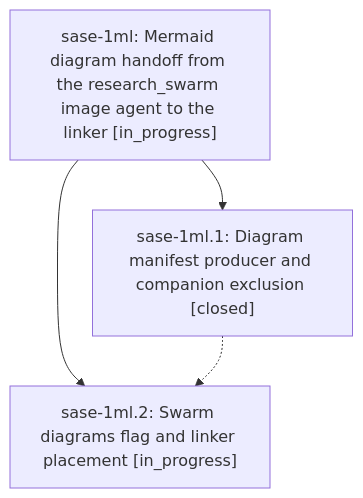
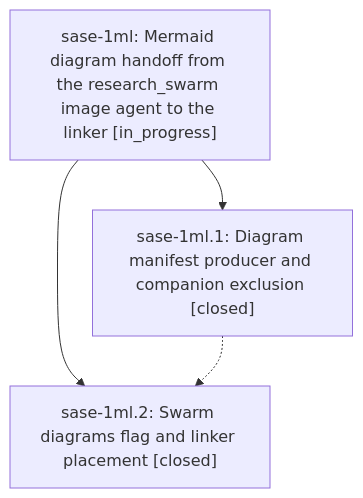
The diagram in pages/sase-1ml/README.md (sase-org/sase--beads), drawn with Mermaid before and after one commit. The commit also changed other lines of this file and 2 other files, not shown here.

First line of the commit message:
chore(beads): sync bead state and pages for sase-1ml

````diff
--- a/pages/sase-1ml/README.md
+++ b/pages/sase-1ml/README.md
@@ -35,9 +37,9 @@
 ```mermaid
 flowchart TD
     n0["sase-1ml: Mermaid diagram handoff from the research_swarm image agent to the linker [in_progress]"]
     n1["sase-1ml.1: Diagram manifest producer and companion exclusion [closed]"]
-    n2["sase-1ml.2: Swarm diagrams flag and linker placement [in_progress]"]
+    n2["sase-1ml.2: Swarm diagrams flag and linker placement [closed]"]
     n0 --> n1
     n0 --> n2
     n1 -.-> n2
 ```
````
